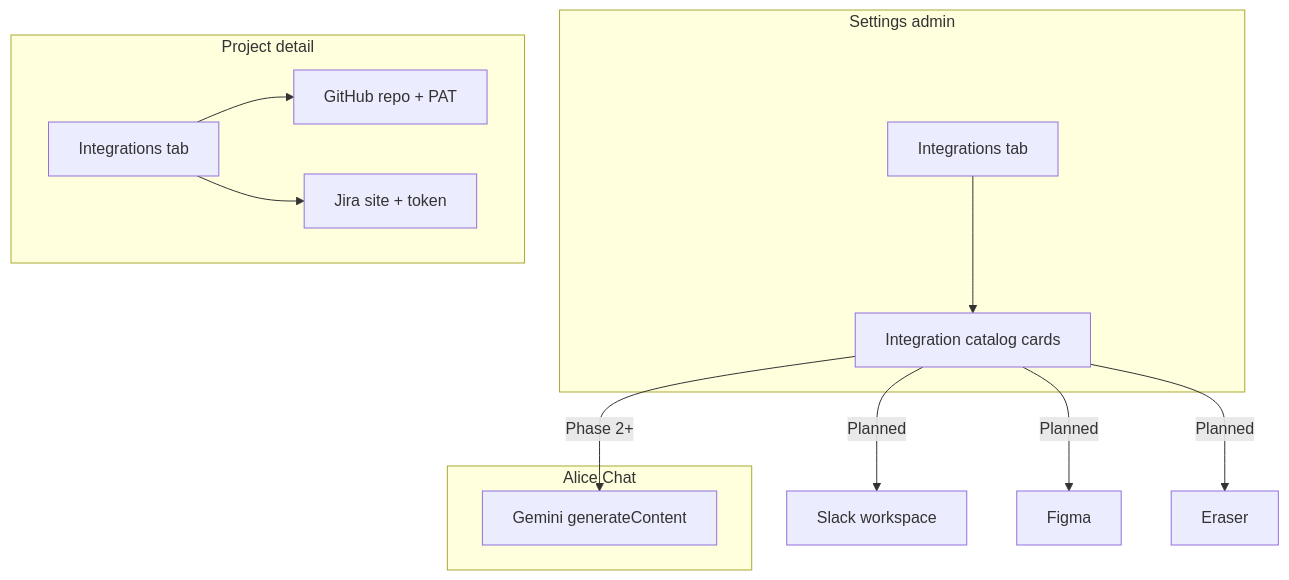
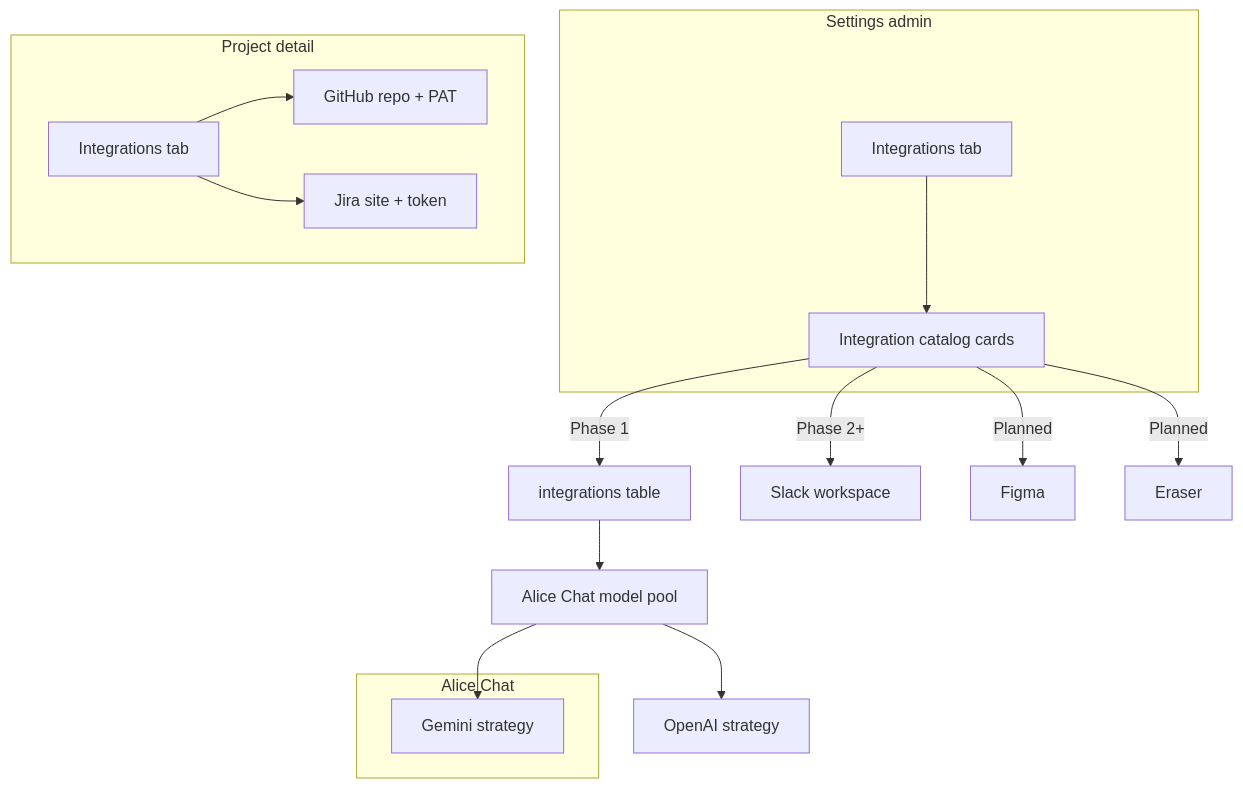
One commit to lizardkingLK/alice changed the first of 2 diagrams in docs/features/integrations/SETTINGS_INTEGRATIONS.md. Above: the diagram before and after it, drawn with Mermaid. The commit also changed other lines of this file and 9 other files, not shown here.

````diff
--- a/docs/features/integrations/SETTINGS_INTEGRATIONS.md
+++ b/docs/features/integrations/SETTINGS_INTEGRATIONS.md
@@ -53,19 +54,22 @@
 ```mermaid
 flowchart TB
   subgraph settings [Settings admin]
     intTab["Integrations tab"]
     intTab --> catalog["Integration catalog cards"]
   end
   subgraph project [Project detail]
     projTab["Integrations tab"]
     projTab --> github["GitHub repo + PAT"]
     projTab --> jira["Jira site + token"]
   end
   subgraph chat [Alice Chat]
     gemini["Gemini generateContent"]
   end
-  catalog -->|"Phase 2+"| gemini
-  catalog -->|"Planned"| slack["Slack workspace"]
+  catalog -->|"Phase 1"| intTable["integrations table"]
+  intTable --> chatModels["Alice Chat model pool"]
+  chatModels --> gemini["Gemini strategy"]
+  chatModels --> openai["OpenAI strategy"]
+  catalog -->|"Phase 2+"| slack["Slack workspace"]
   catalog -->|"Planned"| figma["Figma"]
   catalog -->|"Planned"| eraser["Eraser"]
 ```
````
